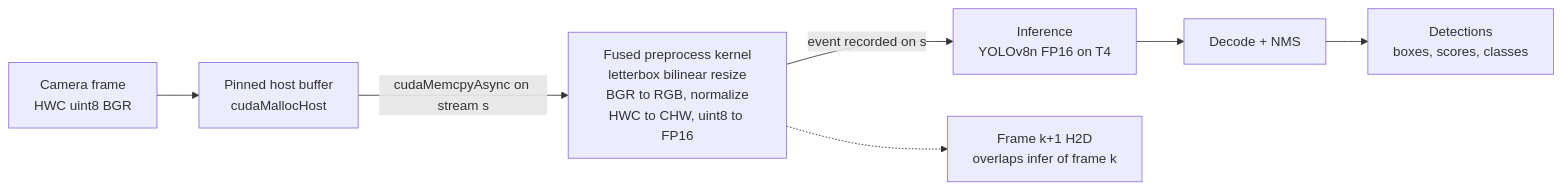
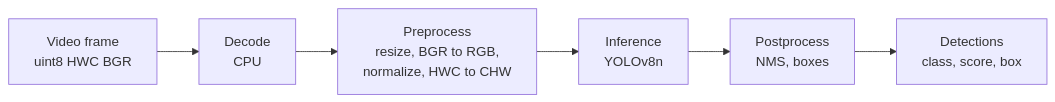
The diagram in README.md (pkbros/CUDA-accelerated-waste-detection-pipeline), drawn with Mermaid before and after one commit. The commit also changed other lines of this file and 3 other files, not shown here.

````diff
--- a/README.md
+++ b/README.md
@@ -111,9 +34,8 @@
 ```mermaid
 flowchart LR
-    CAM[Camera frame<br/>HWC uint8 BGR] --> PIN[Pinned host buffer<br/>cudaMallocHost]
-    PIN -->|cudaMemcpyAsync on stream s| PRE[Fused preprocess kernel<br/>letterbox bilinear resize<br/>BGR to RGB, normalize<br/>HWC to CHW, uint8 to FP16]
-    PRE -->|event recorded on s| INF[Inference<br/>YOLOv8n FP16 on T4]
-    INF --> POST[Decode + NMS]
-    POST --> OUT[Detections<br/>boxes, scores, classes]
-    PRE -.-> NEXT[Frame k+1 H2D<br/>overlaps infer of frame k]
+    A[Video frame<br/>uint8 HWC BGR] --> B[Decode<br/>CPU]
+    B --> C[Preprocess<br/>resize, BGR to RGB,<br/>normalize, HWC to CHW]
+    C --> D[Inference<br/>YOLOv8n]
+    D --> E[Postprocess<br/>NMS, boxes]
+    E --> F[Detections<br/>class, score, box]
 ```
````
